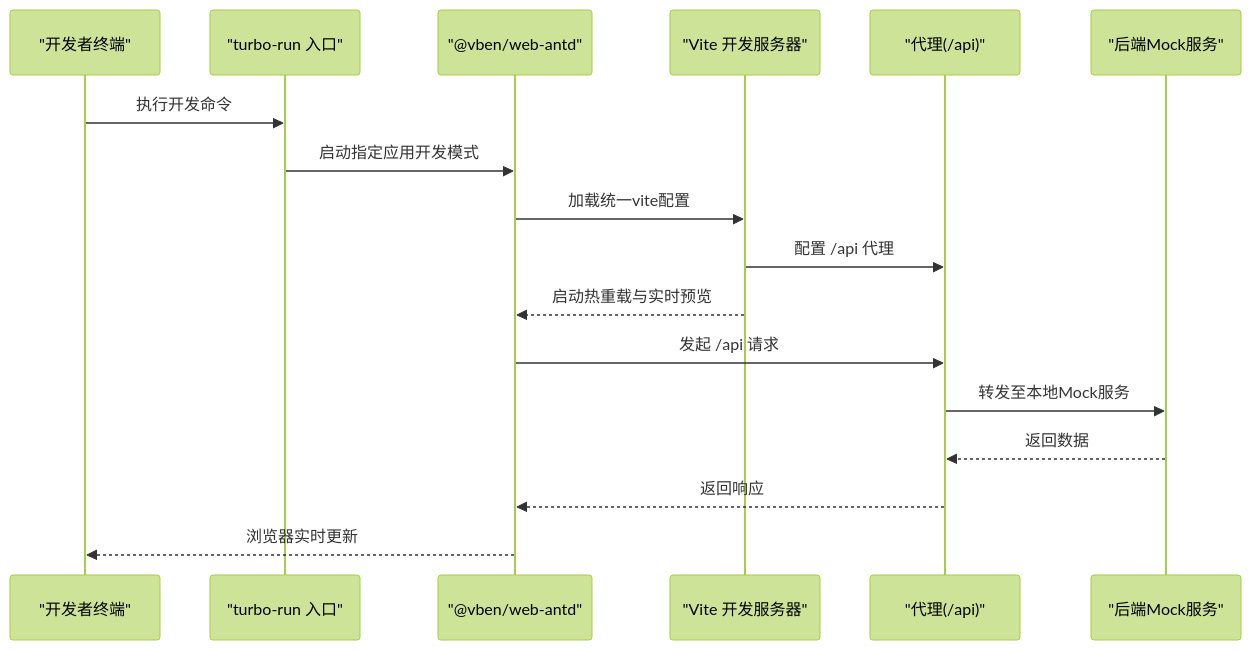
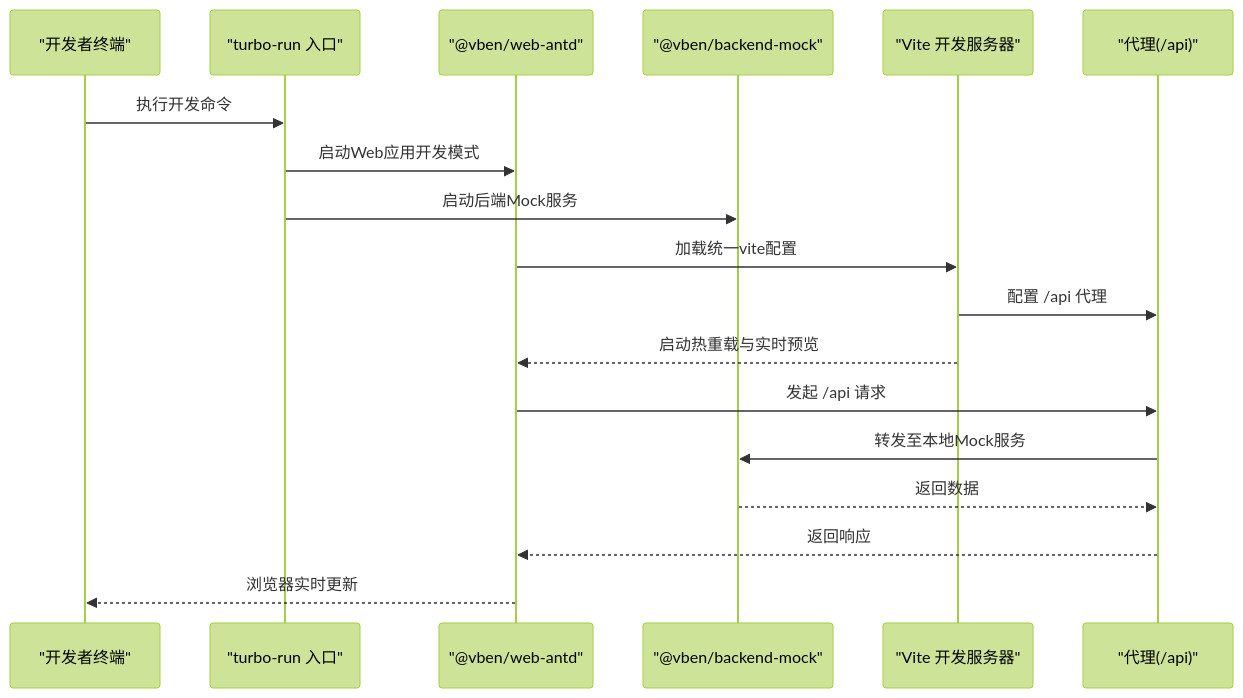
The second of 7 diagrams in .qoder/repowiki/zh/content/应用开发/开发工作流.md (liuyinzhong/hive), drawn with Mermaid (forest theme) before and after one commit. The commit also changed other lines of this file and 6 other files, not shown here.

````diff
--- a/.qoder/repowiki/zh/content/应用开发/开发工作流.md
+++ b/.qoder/repowiki/zh/content/应用开发/开发工作流.md
@@ -85,19 +99,20 @@
 ```mermaid
 sequenceDiagram
 participant Dev as "开发者终端"
 participant Turbo as "turbo-run 入口"
-participant App as "@vben/web-antd"
+participant WebApp as "@vben/web-antd"
+participant Mock as "@vben/backend-mock"
 participant Vite as "Vite 开发服务器"
 participant Proxy as "代理(/api)"
-participant Mock as "后端Mock服务"
 Dev->>Turbo : 执行开发命令
-Turbo->>App : 启动指定应用开发模式
-App->>Vite : 加载统一vite配置
+Turbo->>WebApp : 启动Web应用开发模式
+Turbo->>Mock : 启动后端Mock服务
+WebApp->>Vite : 加载统一vite配置
 Vite->>Proxy : 配置 /api 代理
-Vite-->>App : 启动热重载与实时预览
-App->>Proxy : 发起 /api 请求
+Vite-->>WebApp : 启动热重载与实时预览
+WebApp->>Proxy : 发起 /api 请求
 Proxy->>Mock : 转发至本地Mock服务
 Mock-->>Proxy : 返回数据
-Proxy-->>App : 返回响应
-App-->>Dev : 浏览器实时更新
+Proxy-->>WebApp : 返回响应
+WebApp-->>Dev : 浏览器实时更新
 ```
````
